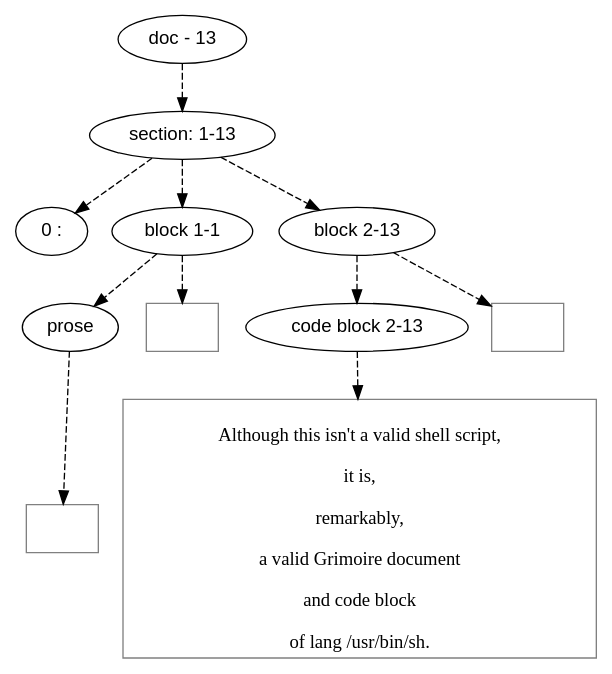
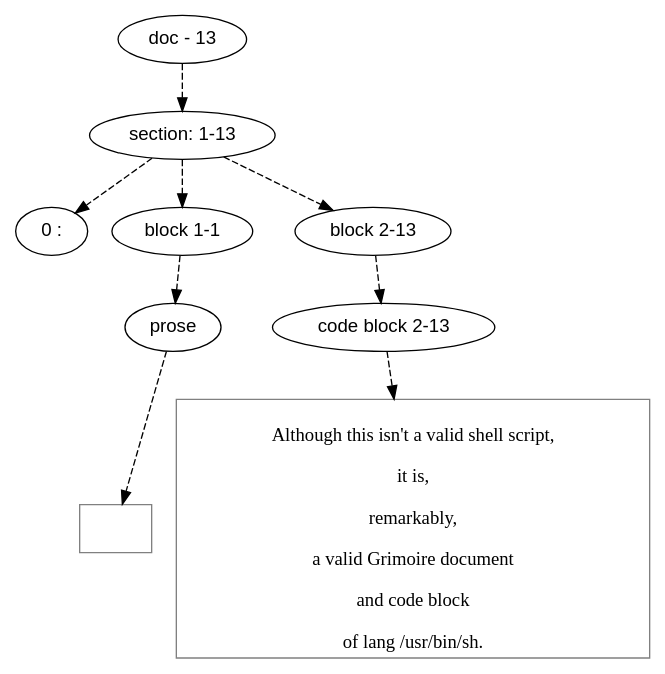
One commit to mnemnion/orb changed the diagram in orb/dot/samples/unwrapped.gm-old.dot. Above: the diagram before and after it, drawn with Graphviz. The commit also changed 117 other files, not shown here.

```diff
--- a/orb/dot/samples/unwrapped.gm-old.dot
+++ b/orb/dot/samples/unwrapped.gm-old.dot
@@ -1,57 +1,53 @@
 digraph hierarchy {
 
 node [fontname=Helvetica]
 edge [style=dashed]
 
 doc_0 [label="doc - 13"]
 
 
 doc_0 -> { section_1}
 {rank=same; section_1}
 
 section_1 [label="section: 1-13"]
 
 
 section_1 -> { header_2 block_3 block_4}
 {rank=same; header_2 block_3 block_4}
 
 header_2 [label="0 : "]
 
 block_3 [label="block 1-1"]
 
 block_4 [label="block 2-13"]
 
 
 block_3 -> { prose_5}
 {rank=same; prose_5}
 
 prose_5 [label="prose"]
 
 
 prose_5 -> leaf_6
 leaf_6  [color=Gray,shape=rectangle,fontname=Inconsolata,label=""]
-block_3 -> leaf_7
-leaf_7  [color=Gray,shape=rectangle,fontname=Inconsolata,label=""]
-block_4 -> { codeblock_8}
-{rank=same; codeblock_8}
+block_4 -> { codeblock_7}
+{rank=same; codeblock_7}
 
-codeblock_8 [label="code block 2-13"]
+codeblock_7 [label="code block 2-13"]
 
 
-codeblock_8 -> leaf_9
-leaf_9  [color=Gray,shape=rectangle,fontname=Inconsolata,label="
+codeblock_7 -> leaf_8
+leaf_8  [color=Gray,shape=rectangle,fontname=Inconsolata,label="
 Although this isn't a valid shell script,
 
 it is,
 
 remarkably,
 
 a valid Grimoire document
 
 and code block
 
 of lang /usr/bin/sh."]
-block_4 -> leaf_10
-leaf_10  [color=Gray,shape=rectangle,fontname=Inconsolata,label=""]
 
 }
```
